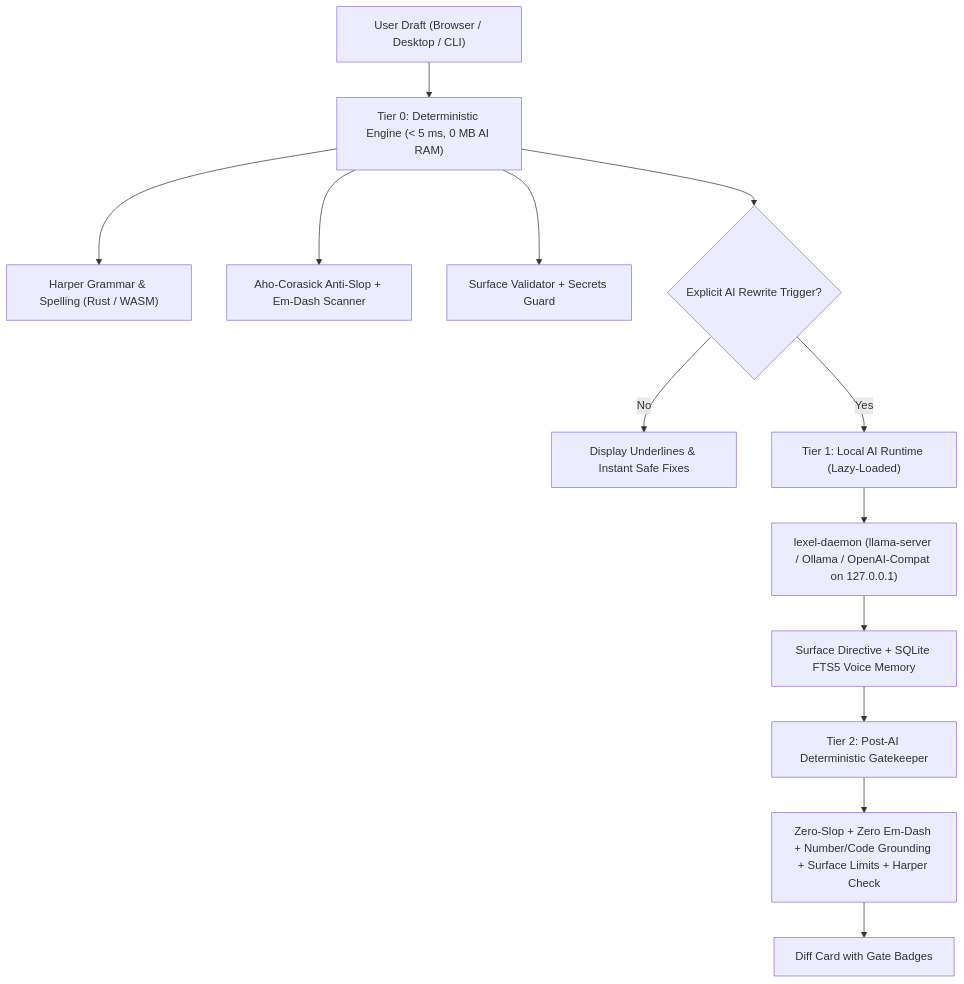
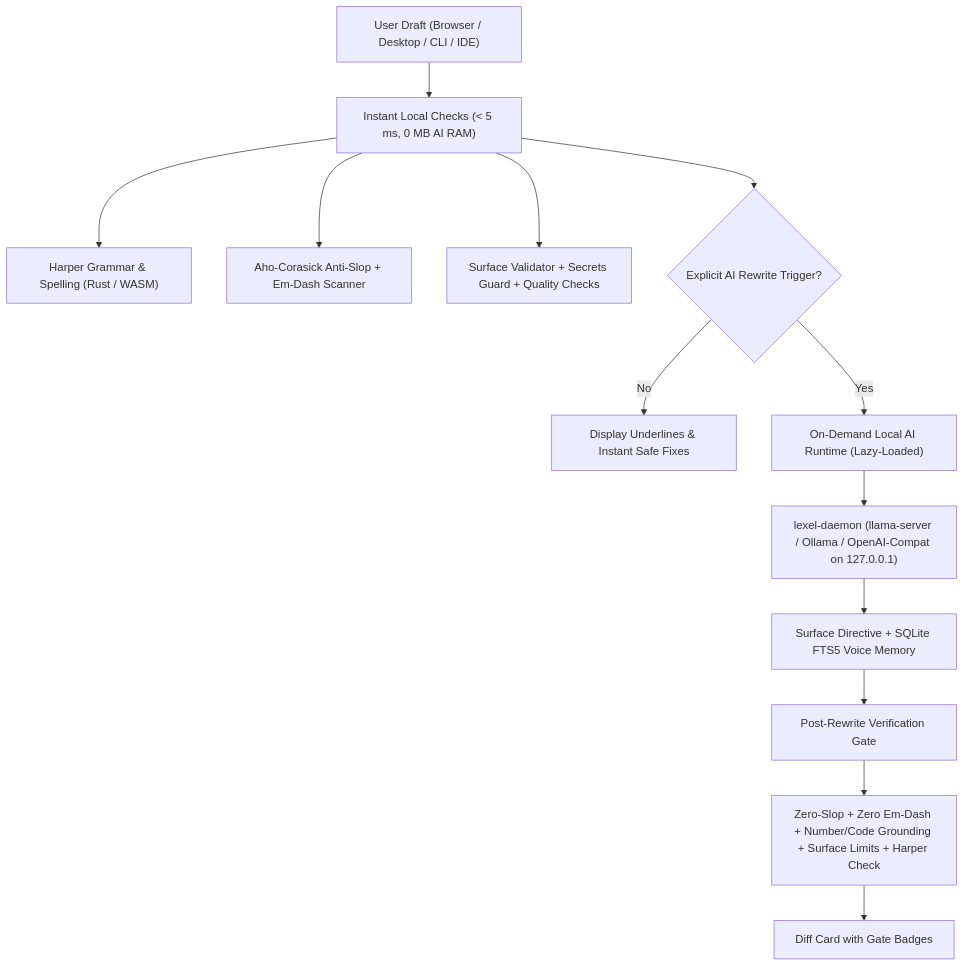
Before and after one commit to Lexel-Ai/Lexel: the first of 2 diagrams in docs/ARCHITECTURE.md, drawn with Mermaid. The commit also changed other lines of this file and 22 other files, not shown here.

````diff
--- a/docs/ARCHITECTURE.md
+++ b/docs/ARCHITECTURE.md
@@ -7,15 +7,15 @@
 ```mermaid
 flowchart TD
-    A["User Draft (Browser / Desktop / CLI)"] --> B["Tier 0: Deterministic Engine (< 5 ms, 0 MB AI RAM)"]
+    A["User Draft (Browser / Desktop / CLI / IDE)"] --> B["Instant Local Checks (< 5 ms, 0 MB AI RAM)"]
     B --> B1["Harper Grammar & Spelling (Rust / WASM)"]
     B --> B2["Aho-Corasick Anti-Slop + Em-Dash Scanner"]
-    B --> B3["Surface Validator + Secrets Guard"]
+    B --> B3["Surface Validator + Secrets Guard + Quality Checks"]
     B --> C{"Explicit AI Rewrite Trigger?"}
     C -- No --> D["Display Underlines & Instant Safe Fixes"]
-    C -- Yes --> E["Tier 1: Local AI Runtime (Lazy-Loaded)"]
+    C -- Yes --> E["On-Demand Local AI Runtime (Lazy-Loaded)"]
     E --> E1["lexel-daemon (llama-server / Ollama / OpenAI-Compat on 127.0.0.1)"]
     E1 --> E2["Surface Directive + SQLite FTS5 Voice Memory"]
-    E2 --> F["Tier 2: Post-AI Deterministic Gatekeeper"]
+    E2 --> F["Post-Rewrite Verification Gate"]
     F --> F1["Zero-Slop + Zero Em-Dash + Number/Code Grounding + Surface Limits + Harper Check"]
     F1 --> G["Diff Card with Gate Badges"]
 ```
````
